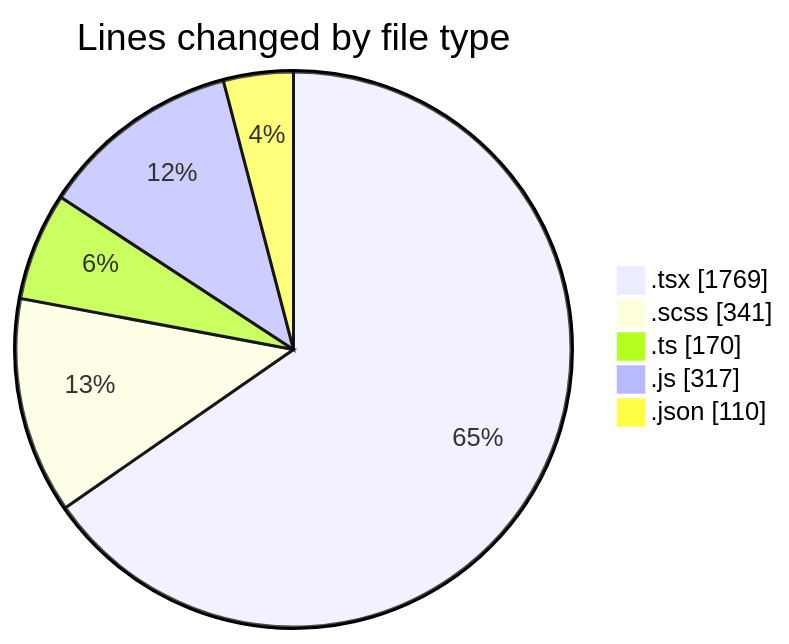
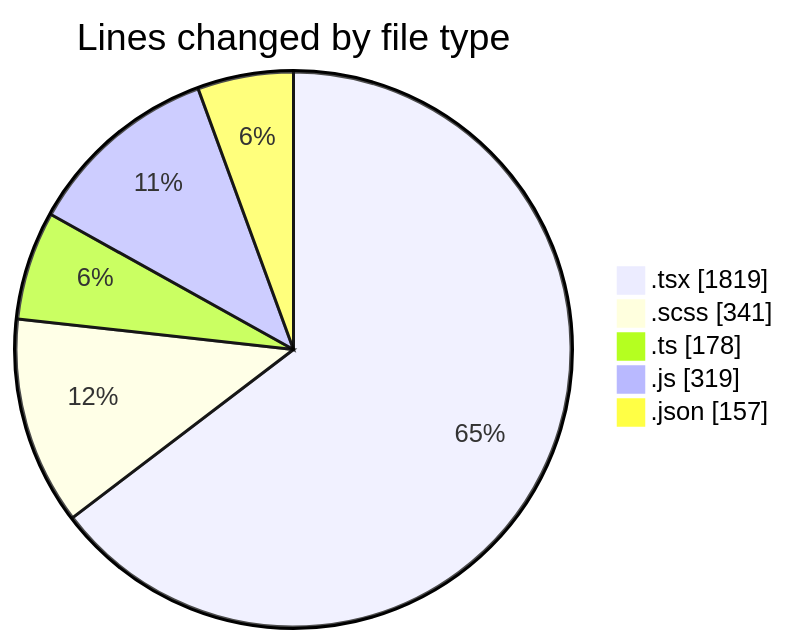
The first of 2 diagrams in 2026-04-23/cda/README.md (momahboobian/code-tracking), drawn with Mermaid before and after one commit. The commit also changed other lines of this file and 1 other file, not shown here.

````diff
--- a/2026-04-23/cda/README.md
+++ b/2026-04-23/cda/README.md
@@ -36,9 +38,9 @@
 ```mermaid
 pie showData
 title Lines changed by file type
-".tsx" : 1769
+".tsx" : 1819
 ".scss" : 341
-".ts" : 170
-".js" : 317
-".json" : 110
+".ts" : 178
+".js" : 319
+".json" : 157
 ```
````
